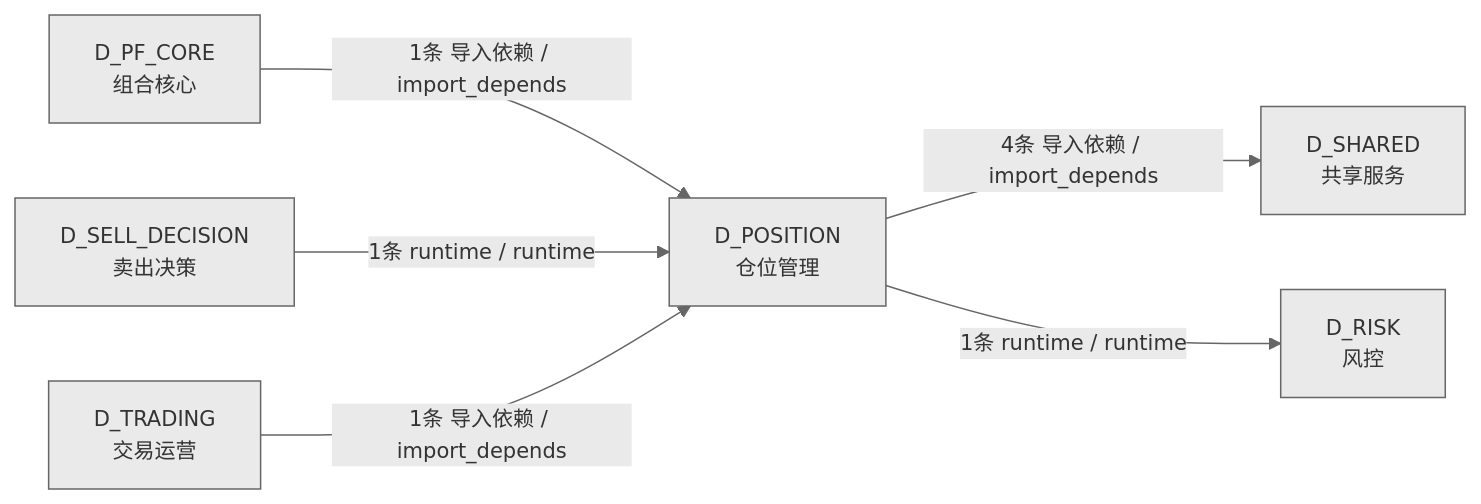
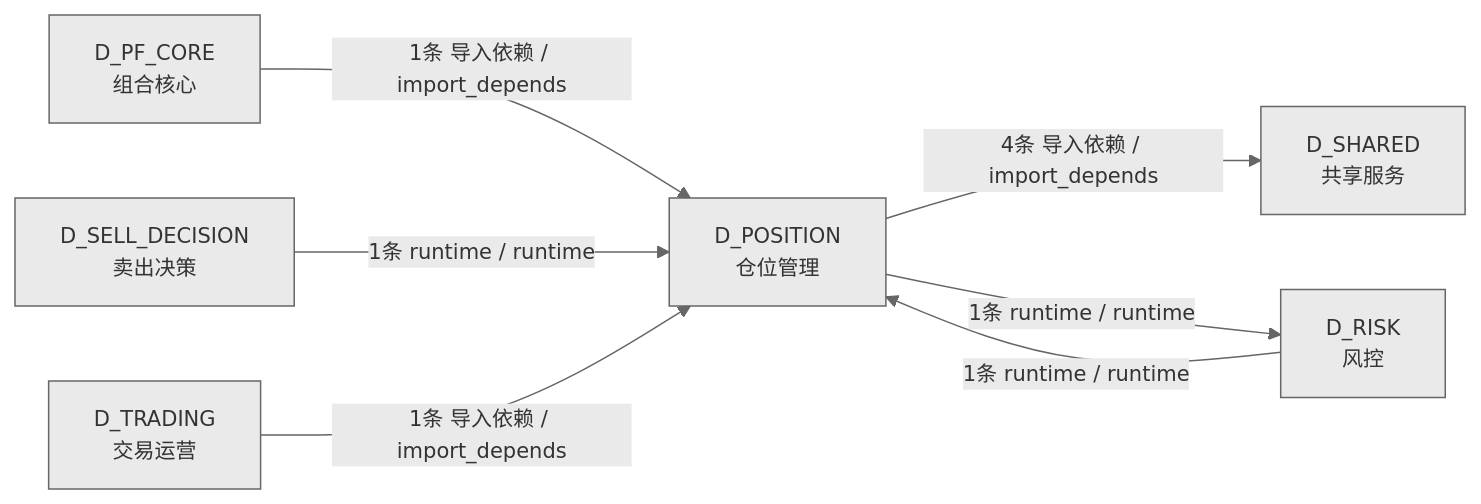
The fourth of 4 diagrams in docs/02_enterprise_architecture/02_domain_architecture_docs/64_d_position.md (xuanFelixVan/ZephyrAlpha), drawn with Mermaid before and after one commit. The commit also changed other lines of this file and 59 other files, not shown here.

````diff
--- a/docs/02_enterprise_architecture/02_domain_architecture_docs/64_d_position.md
+++ b/docs/02_enterprise_architecture/02_domain_architecture_docs/64_d_position.md
@@ -181,15 +183,16 @@
 ```mermaid
 %%{init: {'theme': 'base', 'themeVariables': {'primaryColor': '#eaeaea', 'primaryTextColor': '#333333', 'primaryBorderColor': '#666666', 'lineColor': '#666666', 'secondaryColor': '#eaeaea', 'tertiaryColor': '#eaeaea', 'fontSize': '14px'}}}%%
 graph LR
     D_POSITION["D_POSITION<br/>仓位管理"]
     D_SHARED["D_SHARED<br/>共享服务"]
     D_RISK["D_RISK<br/>风控"]
     D_PF_CORE["D_PF_CORE<br/>组合核心"]
     D_SELL_DECISION["D_SELL_DECISION<br/>卖出决策"]
     D_TRADING["D_TRADING<br/>交易运营"]
     D_POSITION -->|4条 导入依赖 / import_depends| D_SHARED
     D_POSITION -->|1条 runtime / runtime| D_RISK
     D_PF_CORE -->|1条 导入依赖 / import_depends| D_POSITION
+    D_RISK -->|1条 runtime / runtime| D_POSITION
     D_SELL_DECISION -->|1条 runtime / runtime| D_POSITION
     D_TRADING -->|1条 导入依赖 / import_depends| D_POSITION
 ```
````
